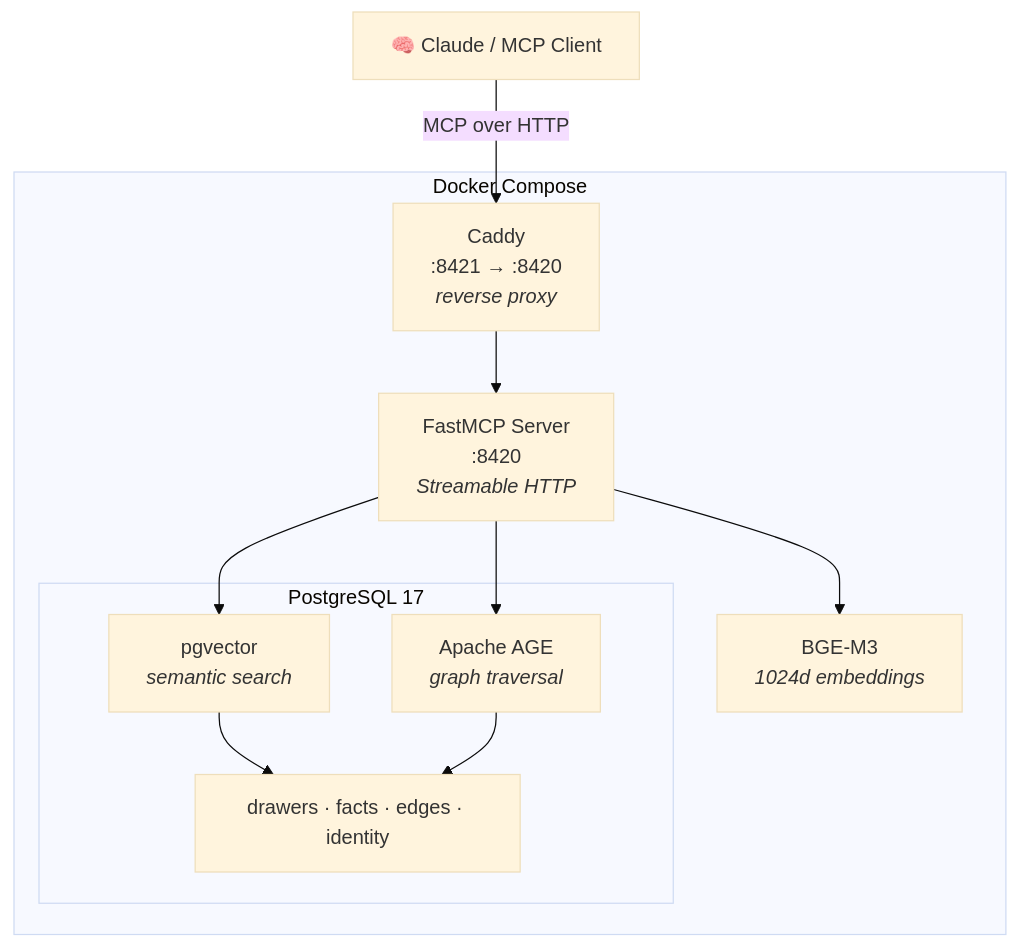
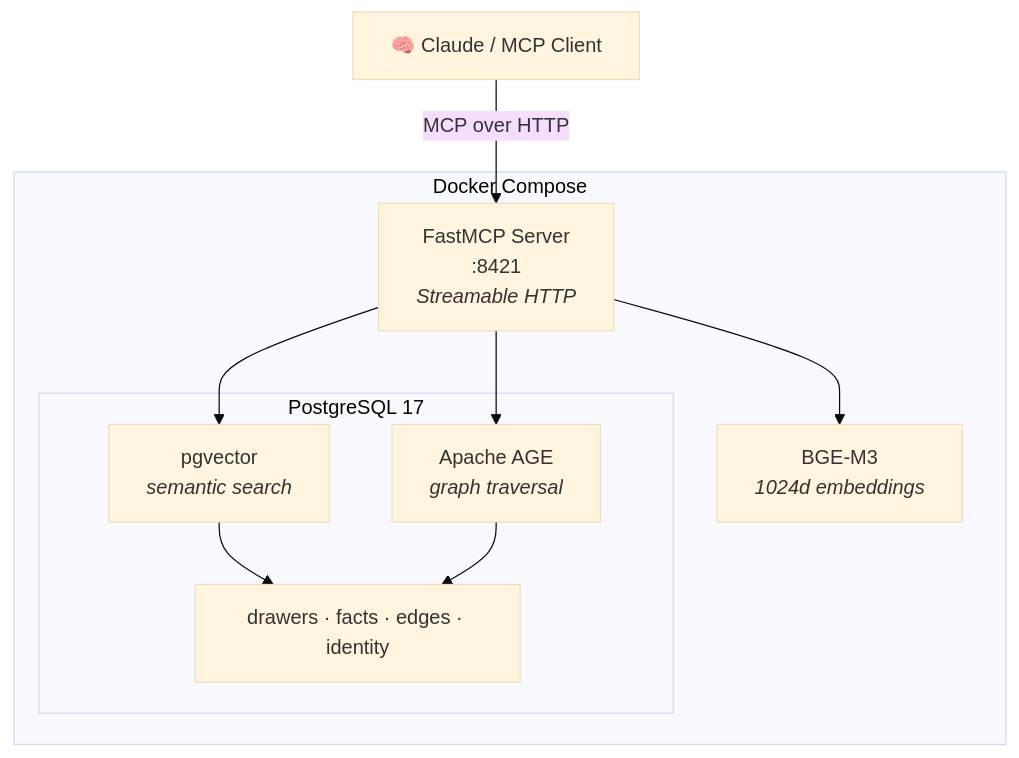
Before and after one commit to ufelmann/HiveMem: the diagram in README.md, drawn with Mermaid (base theme). The commit also changed other lines of this file and 3 other files, not shown here.

````diff
--- a/README.md
+++ b/README.md
@@ -127,24 +126,22 @@
 ```mermaid
 graph TB
     Client["🧠 Claude / MCP Client"]
 
     subgraph Docker Compose
-        Caddy["Caddy<br/>:8421 → :8420<br/><i>reverse proxy</i>"]
-        MCP["FastMCP Server<br/>:8420<br/><i>Streamable HTTP</i>"]
+        MCP["FastMCP Server<br/>:8421<br/><i>Streamable HTTP</i>"]
         BGE["BGE-M3<br/><i>1024d embeddings</i>"]
 
         subgraph PostgreSQL 17
             pgvector["pgvector<br/><i>semantic search</i>"]
             AGE["Apache AGE<br/><i>graph traversal</i>"]
             Tables["drawers · facts · edges · identity"]
         end
     end
 
-    Client -->|"MCP over HTTP"| Caddy
-    Caddy --> MCP
+    Client -->|"MCP over HTTP"| MCP
     MCP --> BGE
     MCP --> pgvector
     MCP --> AGE
     pgvector --> Tables
     AGE --> Tables
 ```
````
